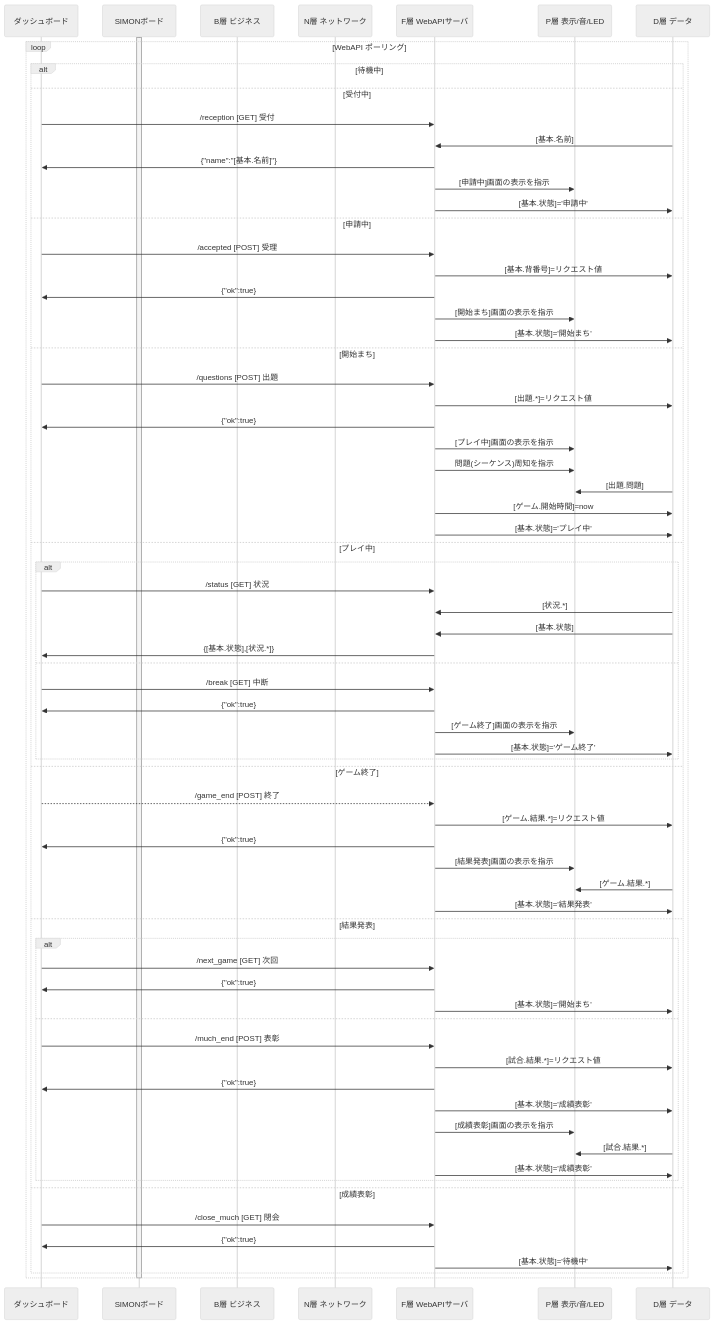
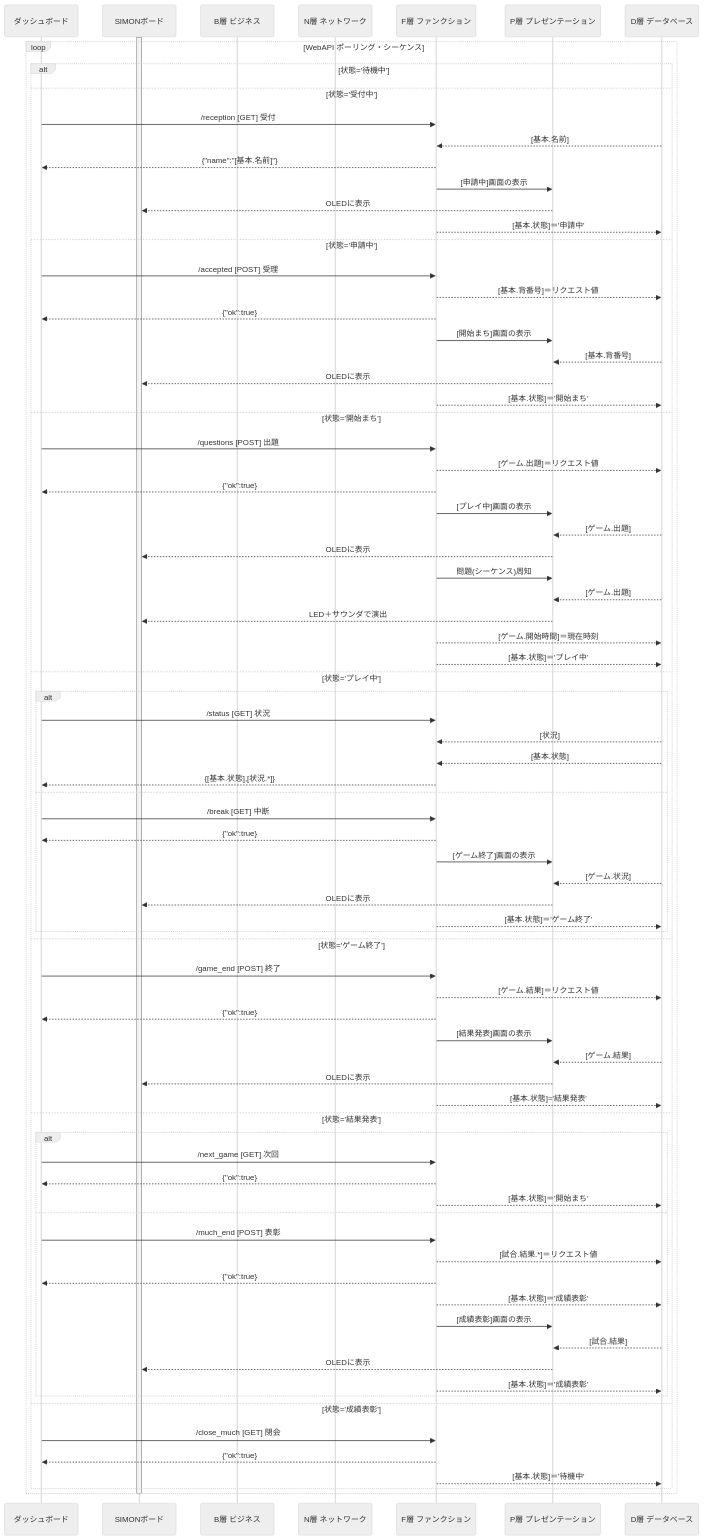
The first of 3 diagrams in ゲーム/99_SIMON/README.MD (kureha001/MMP), drawn with Mermaid (neutral theme) before and after one commit. The commit also changed other lines of this file, not shown here.

```diff
--- a/ゲーム/99_SIMON/README.MD
+++ b/ゲーム/99_SIMON/README.MD
@@ -254,79 +254,89 @@
   participant S as SIMONボード
   participant B as B層 ビジネス
   participant N as N層 ネットワーク
-  participant F as F層 WebAPIサーバ
-  participant P as P層 表示/音/LED
-  participant D as D層 データ
+  participant F as F層 ファンクション
+  participant P as P層 プレゼンテーション
+  participant D as D層 データベース
 
   activate S
 
-    loop WebAPI ポーリング
-        alt 待機中
+    loop WebAPI ポーリング・シーケンス
+        alt 状態='待機中'
 
-        else 受付中
+        else 状態='受付中'
             U->>F: /reception [GET] 受付
-                D->>F: [基本.名前]
-            F->>U: {"name":"[基本.名前]"}
-            F->>P: [申請中]画面の表示を指示
-            F->>D: [基本.状態]='申請中'
+                D-->>F: [基本.名前]
+            F-->>U: {"name":"[基本.名前]"}
+            F->>P: [申請中]画面の表示
+                P-->>S: OLEDに表示
+            F-->>D: [基本.状態]＝'申請中'
 
-        else 申請中
+        else 状態='申請中'
             U->>F: /accepted [POST] 受理
-                F->>D: [基本.背番号]=リクエスト値
-            F->>U: {"ok":true}
-            F->>P: [開始まち]画面の表示を指示
-            F->>D: [基本.状態]='開始まち'
+                F-->>D: [基本.背番号]＝リクエスト値
+            F-->>U: {"ok":true}
+            F->>P: [開始まち]画面の表示
+                D-->>P: [基本.背番号]
+                P-->>S: OLEDに表示
+            F-->>D: [基本.状態]＝'開始まち'
 
-        else 開始まち
+        else 状態='開始まち'
             U->>F: /questions  [POST] 出題
-                F->>D: [出題.*]=リクエスト値
-            F->>U: {"ok":true}
-            F->>P: [プレイ中]画面の表示を指示
-            F->>P: 問題(シーケンス)周知を指示
-                D->>P: [出題.問題]
-            F->>D: [ゲーム.開始時間]=now
-            F->>D: [基本.状態]='プレイ中'
+                F-->>D: [ゲーム.出題]＝リクエスト値
+            F-->>U: {"ok":true}
+            F->>P: [プレイ中]画面の表示
+                D-->>P: [ゲーム.出題]
+                P-->>S: OLEDに表示
+            F->>P: 問題(シーケンス)周知
+                D-->>P: [ゲーム.出題]
+                P-->>S: LED＋サウンダで演出
+            F-->>D: [ゲーム.開始時間]＝現在時刻
+            F-->>D: [基本.状態]＝'プレイ中'
 
-        else プレイ中
+        else 状態='プレイ中'
             alt
                 U->>F: /status [GET] 状況
-                    D->>F: [状況.*]
-                    D->>F: [基本.状態]
-                F->>U: {[基本.状態],[状況.*]}
+                    D-->>F: [状況]
+                    D-->>F: [基本.状態]
+                F-->>U: {[基本.状態],[状況.*]}
             else
                 U->>F: /break [GET] 中断
-                F->>U: {"ok":true}
-                F->>P: [ゲーム終了]画面の表示を指示
-                F->>D: [基本.状態]='ゲーム終了'
+                F-->>U: {"ok":true}
+                F->>P: [ゲーム終了]画面の表示
+                    D-->>P: [ゲーム.状況]
+                    P-->>S: OLEDに表示
+                F-->>D: [基本.状態]＝'ゲーム終了'
             end
 
-        else ゲーム終了
-            U-->>F: /game_end [POST] 終了
-                F->>D: [ゲーム.結果.*]=リクエスト値
-            F->>U: {"ok":true}
-            F->>P: [結果発表]画面の表示を指示
-                D->>P: [ゲーム.結果.*]
-            F->>D: [基本.状態]='結果発表'
+        else 状態='ゲーム終了'
+            U->>F: /game_end [POST] 終了
+                F-->>D: [ゲーム.結果]＝リクエスト値
+            F-->>U: {"ok":true}
+            F->>P: [結果発表]画面の表示
+                D-->>P: [ゲーム.結果]
+                P-->>S: OLEDに表示
+            F-->>D: [基本.状態]='結果発表'
 
-        else 結果発表
+        else 状態='結果発表'
             alt
                 U->>F: /next_game [GET] 次回
-                F->>U: {"ok":true}
-                F->>D: [基本.状態]='開始まち'
+                F-->>U: {"ok":true}
+                F-->>D: [基本.状態]＝'開始まち'
             else
                 U->>F: /much_end [POST] 表彰
-                    F->>D: [試合.結果.*]=リクエスト値
-                F->>U: {"ok":true}
-                F->>D: [基本.状態]='成績表彰'
-                F->>P: [成績表彰]画面の表示を指示
-                    D->>P: [試合.結果.*]
-                F->>D: [基本.状態]='成績表彰'
+                    F-->>D: [試合.結果.*]＝リクエスト値
+                F-->>U: {"ok":true}
+                F-->>D: [基本.状態]＝'成績表彰'
+                F->>P: [成績表彰]画面の表示
+                    D-->>P: [試合.結果]
+                    P-->>S: OLEDに表示
+                F-->>D: [基本.状態]＝'成績表彰'
             end
 
-        else 成績表彰
+        else 状態='成績表彰'
             U->>F: /close_much [GET] 閉会
-            F->>U: {"ok":true}
-            F->>D: [基本.状態]='待機中'
+            F-->>U: {"ok":true}
+            F-->>D: [基本.状態]＝'待機中'
         end
     end
 
```
